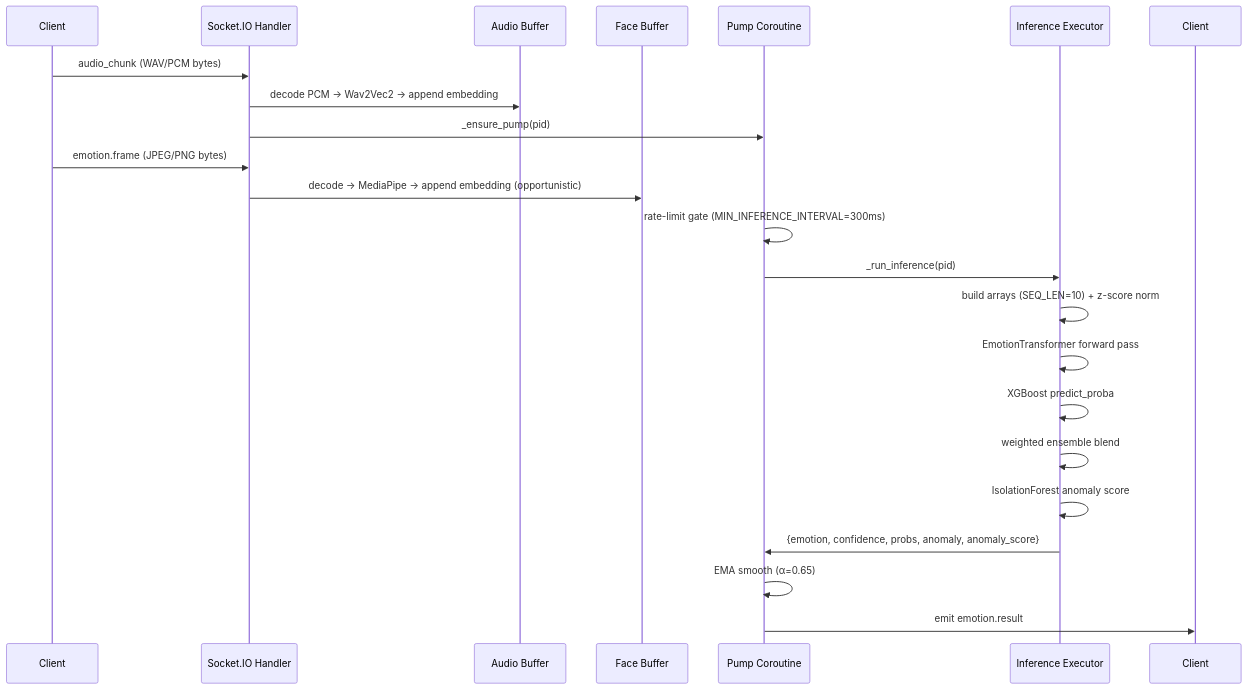
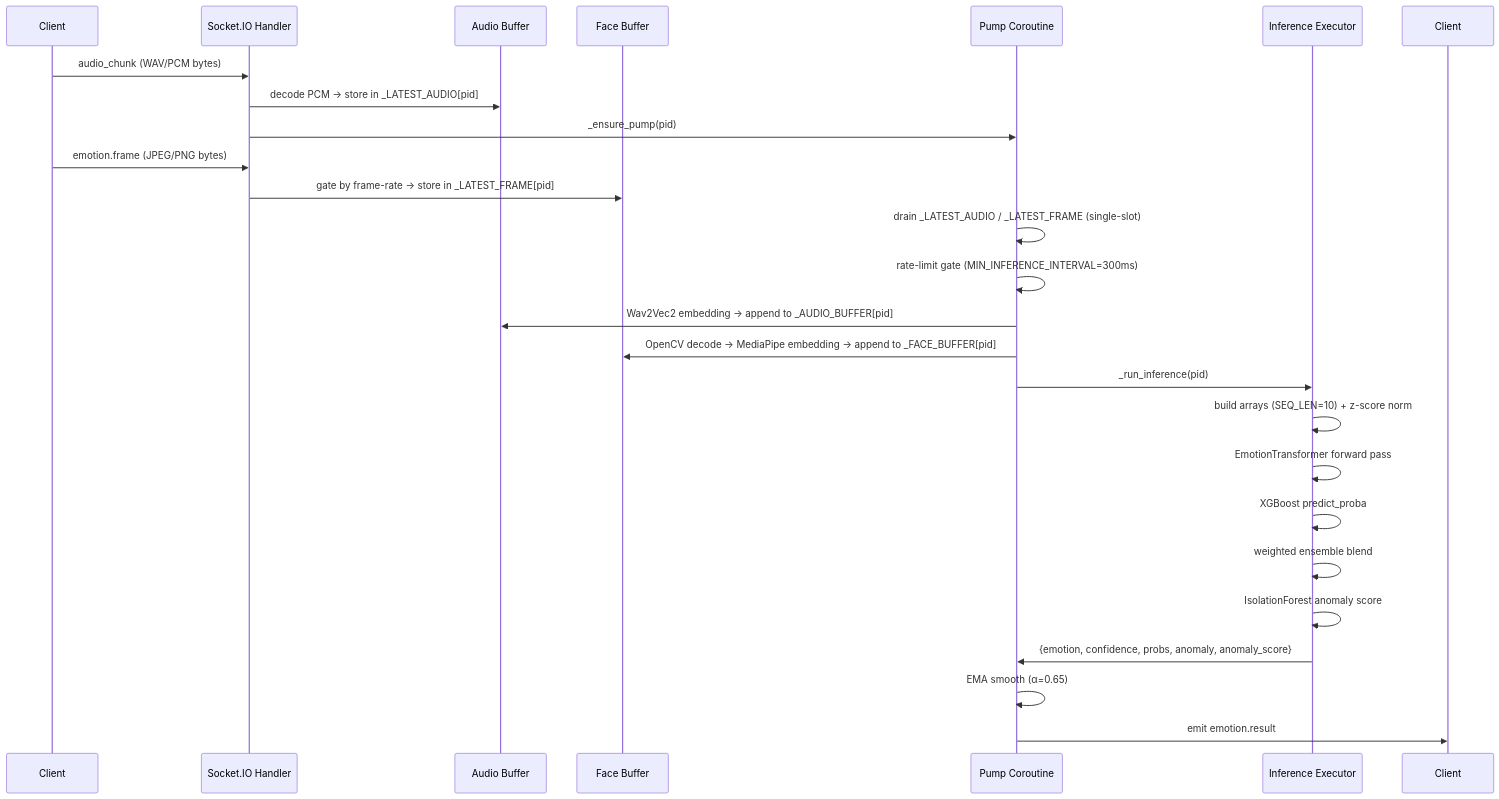
Before and after one commit to AnupamKumar-1/Hoovik: the second of 3 diagrams in docs/realTimeEmotionService.md, drawn with Mermaid. The commit also changed other lines of this file, not shown here.

````diff
--- a/docs/realTimeEmotionService.md
+++ b/docs/realTimeEmotionService.md
@@ -75,28 +75,31 @@
 ```mermaid
 sequenceDiagram
     participant C as Client
     participant WS as Socket.IO Handler
     participant AB as Audio Buffer
     participant FB as Face Buffer
     participant P as Pump Coroutine
     participant I as Inference Executor
     participant C2 as Client
 
     C->>WS: audio_chunk (WAV/PCM bytes)
-    WS->>AB: decode PCM → Wav2Vec2 → append embedding
+    WS->>AB: decode PCM → store in _LATEST_AUDIO[pid]
     WS->>P: _ensure_pump(pid)
 
     C->>WS: emotion.frame (JPEG/PNG bytes)
-    WS->>FB: decode → MediaPipe → append embedding (opportunistic)
+    WS->>FB: gate by frame-rate → store in _LATEST_FRAME[pid]
 
+    P->>P: drain _LATEST_AUDIO / _LATEST_FRAME (single-slot)
     P->>P: rate-limit gate (MIN_INFERENCE_INTERVAL=300ms)
+    P->>AB: Wav2Vec2 embedding → append to _AUDIO_BUFFER[pid]
+    P->>FB: OpenCV decode → MediaPipe embedding → append to _FACE_BUFFER[pid]
     P->>I: _run_inference(pid)
     I->>I: build arrays (SEQ_LEN=10) + z-score norm
     I->>I: EmotionTransformer forward pass
     I->>I: XGBoost predict_proba
     I->>I: weighted ensemble blend
     I->>I: IsolationForest anomaly score
     I->>P: {emotion, confidence, probs, anomaly, anomaly_score}
     P->>P: EMA smooth (α=0.65)
     P->>C2: emit emotion.result
 ```
````
